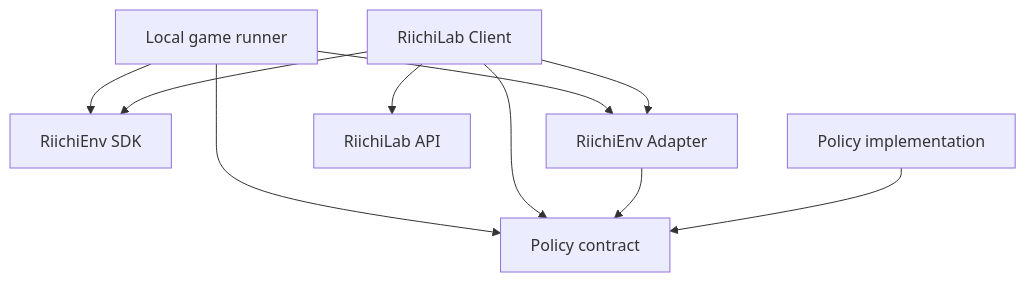
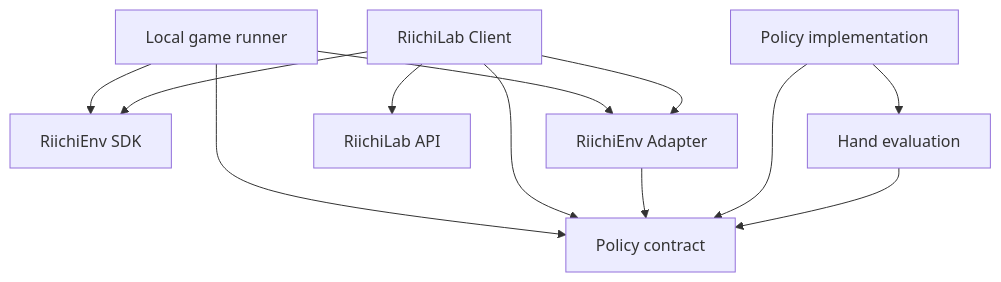
Before and after one commit to lisbun/lisjong: the diagram in docs/architecture.md, drawn with Mermaid. The commit also changed other lines of this file and 4 other files, not shown here.

````diff
--- a/docs/architecture.md
+++ b/docs/architecture.md
@@ -288,12 +325,14 @@
 ```mermaid
 flowchart TD
     Runner["Local game runner"] --> SDK["RiichiEnv SDK"]
     Runner --> Adapter["RiichiEnv Adapter"]
     Runner --> Contract["Policy contract"]
     Client["RiichiLab Client"] --> LabAPI["RiichiLab API"]
     Client --> SDK
     Client --> Adapter
     Client --> Contract
     Adapter --> Contract
     Impl["Policy implementation"] --> Contract
+    Impl --> HandEval["Hand evaluation"]
+    HandEval --> Contract
 ```
````
